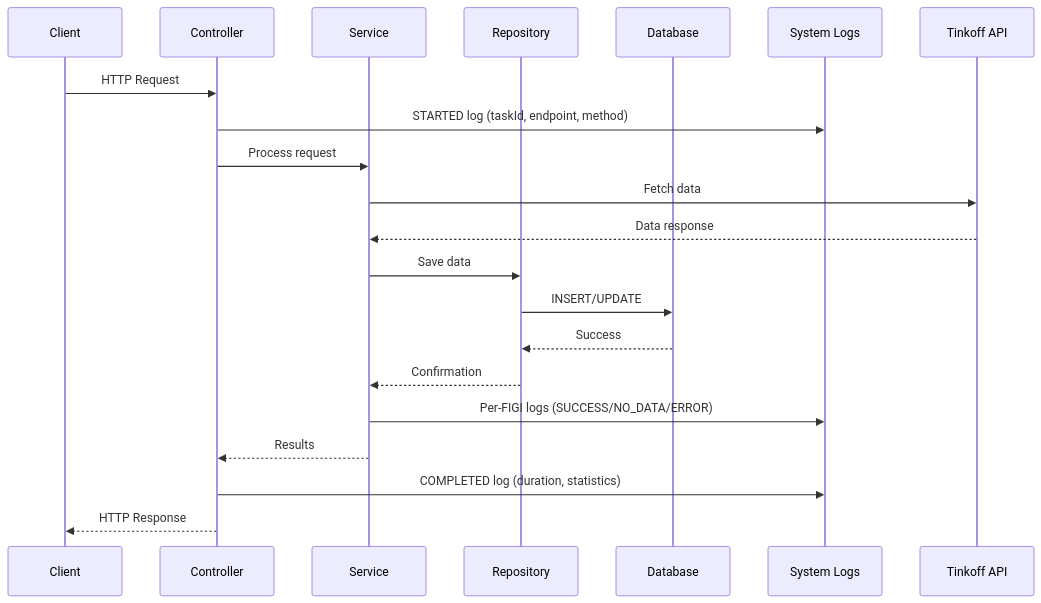
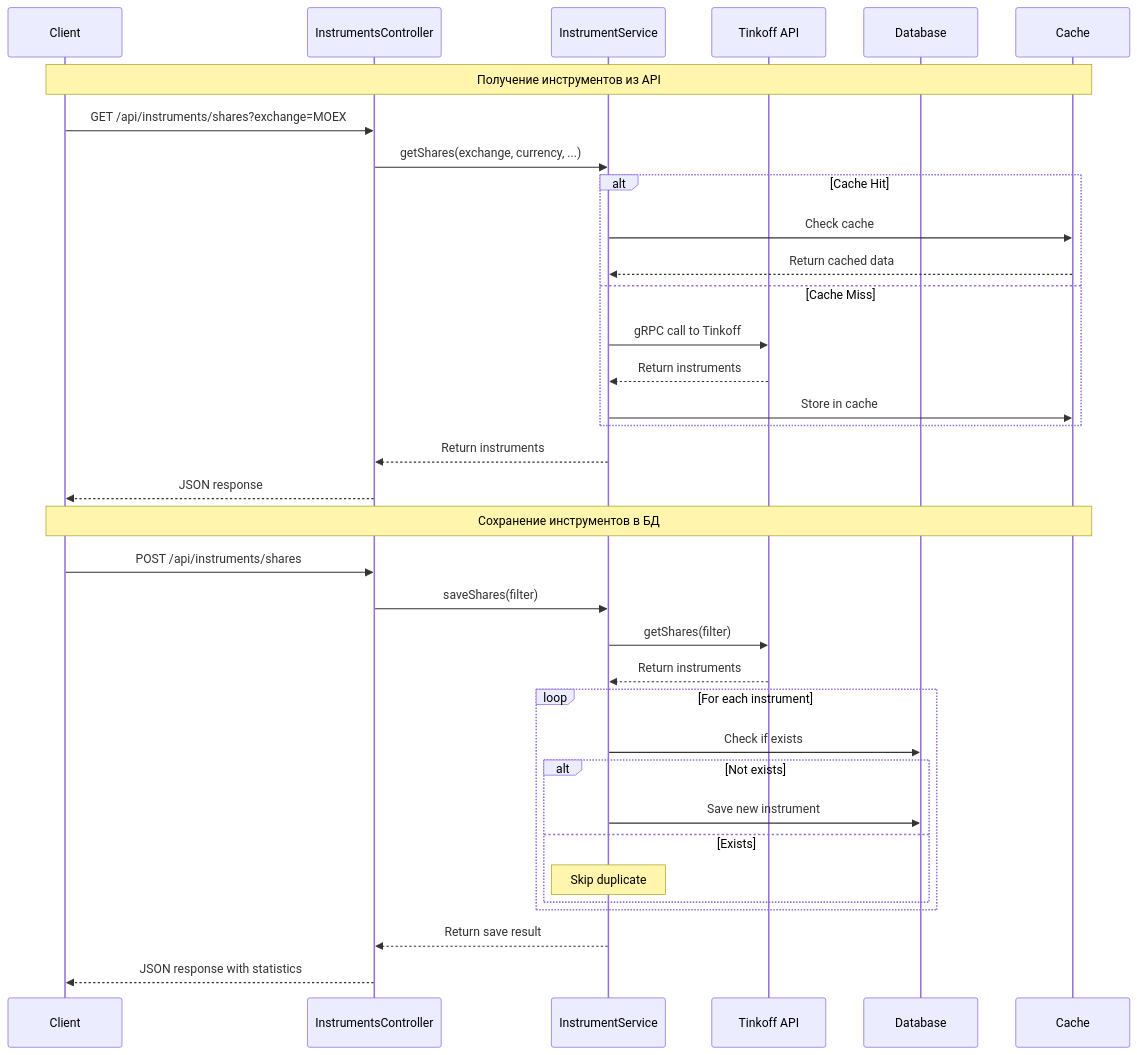
One commit to Vasilek1993111/InvestmentDataLoaderService changed the third of 8 diagrams in docs/diagrams/architecture.md. Above: the diagram before and after it, drawn with Mermaid. The commit also changed other lines of this file and 15 other files, not shown here.

````diff
--- a/docs/diagrams/architecture.md
+++ b/docs/diagrams/architecture.md
@@ -200,28 +156,45 @@
 ```mermaid
 sequenceDiagram
-    participant C as Client
-    participant Ctrl as Controller
-    participant Svc as Service
-    participant Repo as Repository
-    participant DB as Database
-    participant Logs as System Logs
-    participant API as Tinkoff API
+  participant C as Client
+  participant IC as InstrumentsController
+  participant IS as InstrumentService
+  participant API as Tinkoff API
+  participant DB as Database
+  participant Cache as Cache
 
-    C->>Ctrl: HTTP Request
-    Ctrl->>Logs: STARTED log (taskId, endpoint, method)
-    
-    Ctrl->>Svc: Process request
-    Svc->>API: Fetch data
-    API-->>Svc: Data response
-    
-    Svc->>Repo: Save data
-    Repo->>DB: INSERT/UPDATE
-    DB-->>Repo: Success
-    Repo-->>Svc: Confirmation
-    
-    Svc->>Logs: Per-FIGI logs (SUCCESS/NO_DATA/ERROR)
-    Svc-->>Ctrl: Results
-    
-    Ctrl->>Logs: COMPLETED log (duration, statistics)
-    Ctrl-->>C: HTTP Response
+  Note over C,Cache: Получение инструментов из API
+  
+  C->>IC: GET /api/instruments/shares?exchange=MOEX
+  IC->>IS: getShares(exchange, currency, ...)
+  
+  alt Cache Hit
+    IS->>Cache: Check cache
+    Cache-->>IS: Return cached data
+  else Cache Miss
+    IS->>API: gRPC call to Tinkoff
+    API-->>IS: Return instruments
+    IS->>Cache: Store in cache
+  end
+  
+  IS-->>IC: Return instruments
+  IC-->>C: JSON response
+
+  Note over C,Cache: Сохранение инструментов в БД
+  
+  C->>IC: POST /api/instruments/shares
+  IC->>IS: saveShares(filter)
+  IS->>API: getShares(filter)
+  API-->>IS: Return instruments
+  
+  loop For each instrument
+    IS->>DB: Check if exists
+    alt Not exists
+      IS->>DB: Save new instrument
+    else Exists
+      Note over IS: Skip duplicate
+    end
+  end
+  
+  IS-->>IC: Return save result
+  IC-->>C: JSON response with statistics
 ```
````
